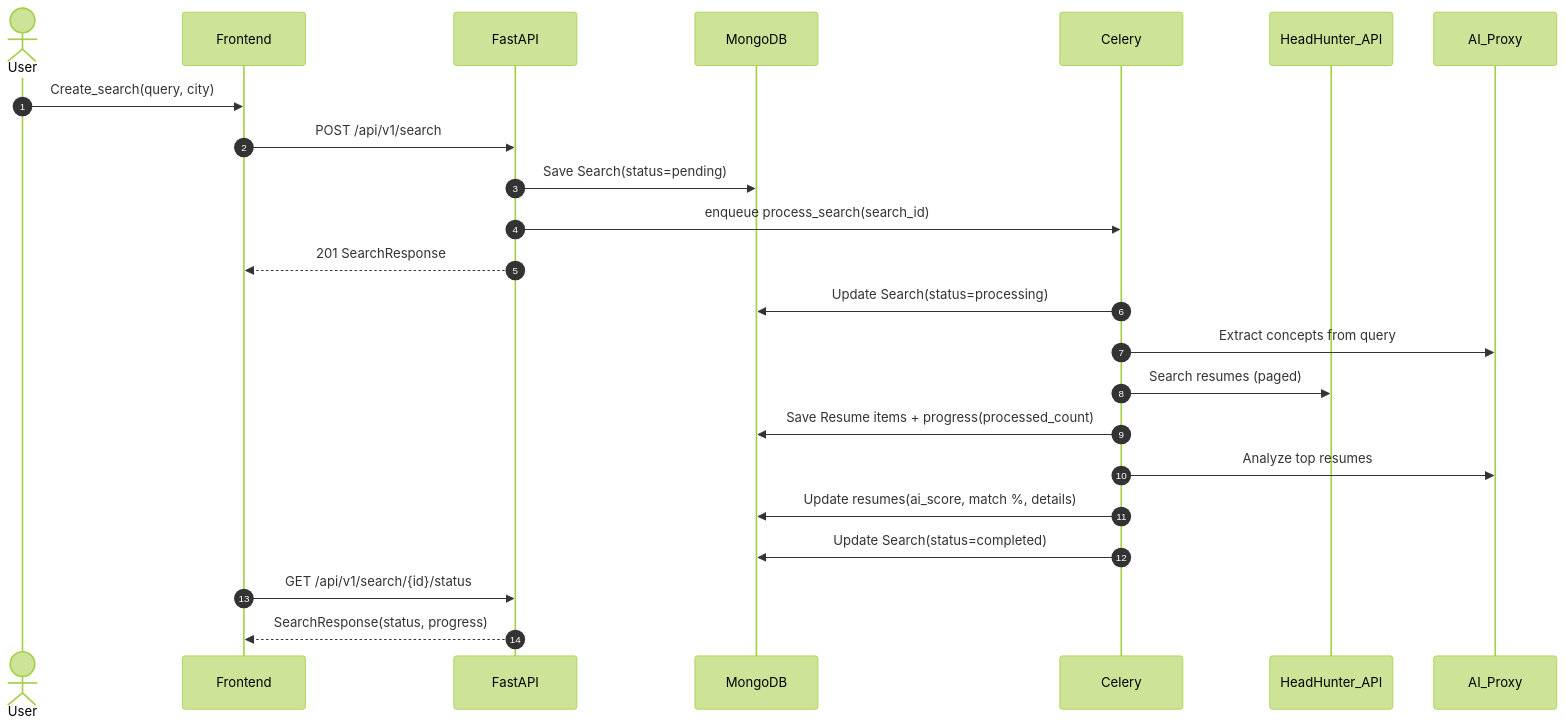
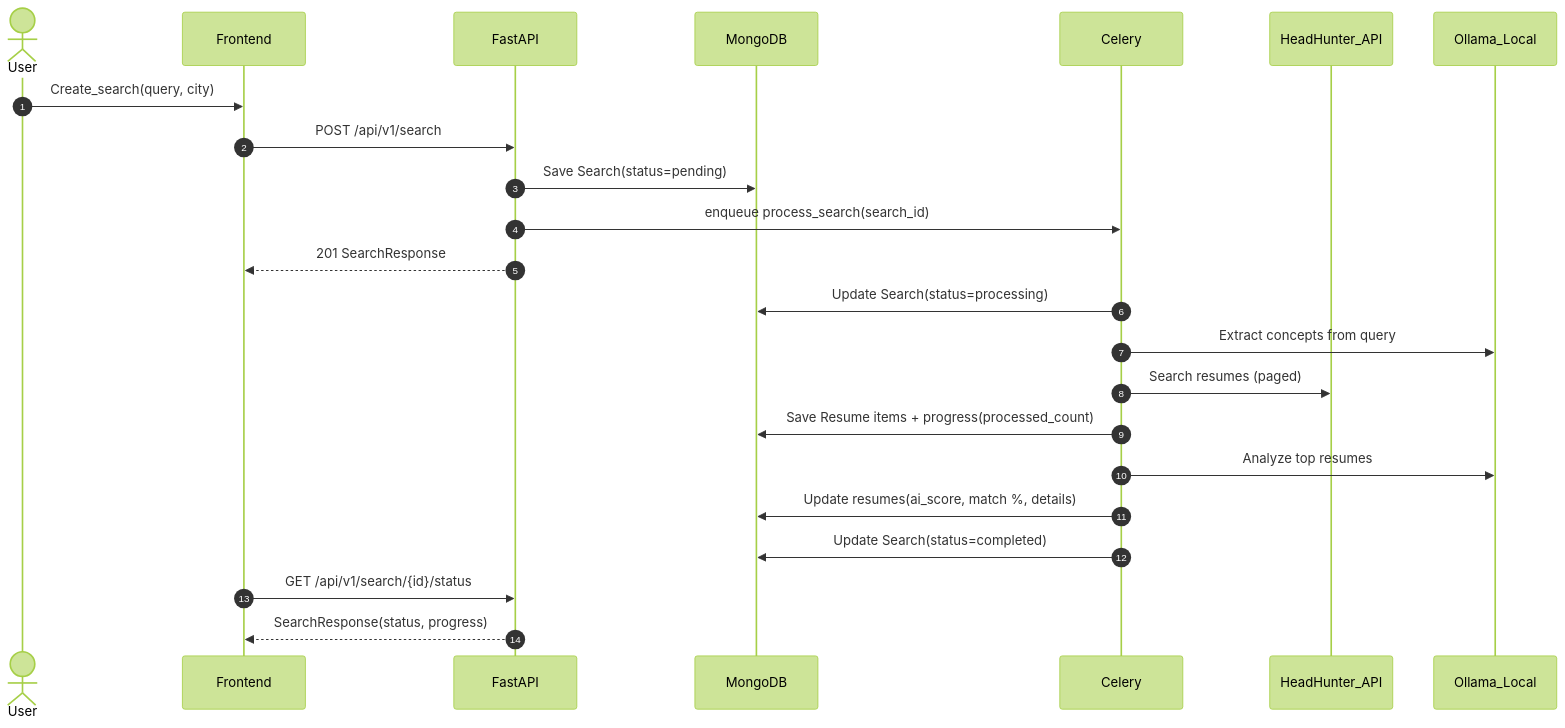
Before and after one commit to olegvagin57-lab/Ai_HH: the second of 3 diagrams in README.md, drawn with Mermaid (forest theme). The commit also changed other lines of this file and 8 other files, not shown here.

````diff
--- a/README.md
+++ b/README.md
@@ -107,27 +108,27 @@
 ```mermaid
 sequenceDiagram
   autonumber
   actor U as User
   participant FE as Frontend
   participant API as FastAPI
   participant DB as MongoDB
   participant Q as Celery
   participant HH as HeadHunter_API
-  participant AI as AI_Proxy
+  participant LLM as Ollama_Local
 
   U->>FE: Create_search(query, city)
   FE->>API: POST /api/v1/search
   API->>DB: Save Search(status=pending)
   API->>Q: enqueue process_search(search_id)
   API-->>FE: 201 SearchResponse
 
   Q->>DB: Update Search(status=processing)
-  Q->>AI: Extract concepts from query
+  Q->>LLM: Extract concepts from query
   Q->>HH: Search resumes (paged)
   Q->>DB: Save Resume items + progress(processed_count)
-  Q->>AI: Analyze top resumes
+  Q->>LLM: Analyze top resumes
   Q->>DB: Update resumes(ai_score, match %, details)
   Q->>DB: Update Search(status=completed)
   FE->>API: GET /api/v1/search/{id}/status
   API-->>FE: SearchResponse(status, progress)
 ```
````
